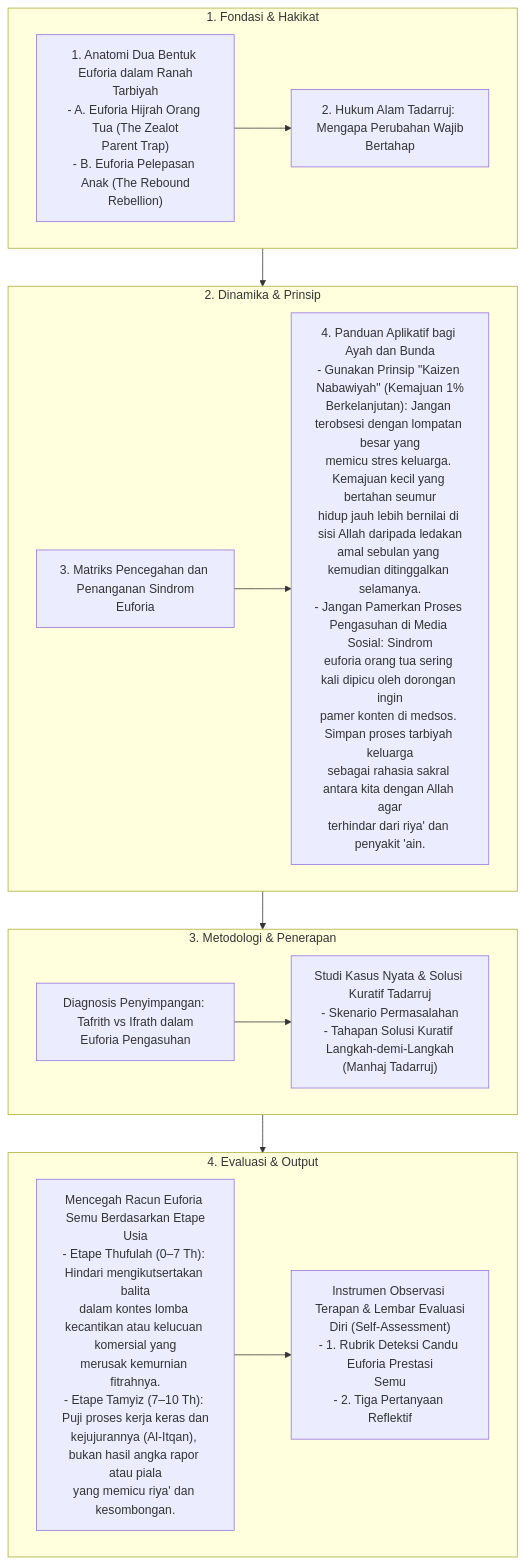
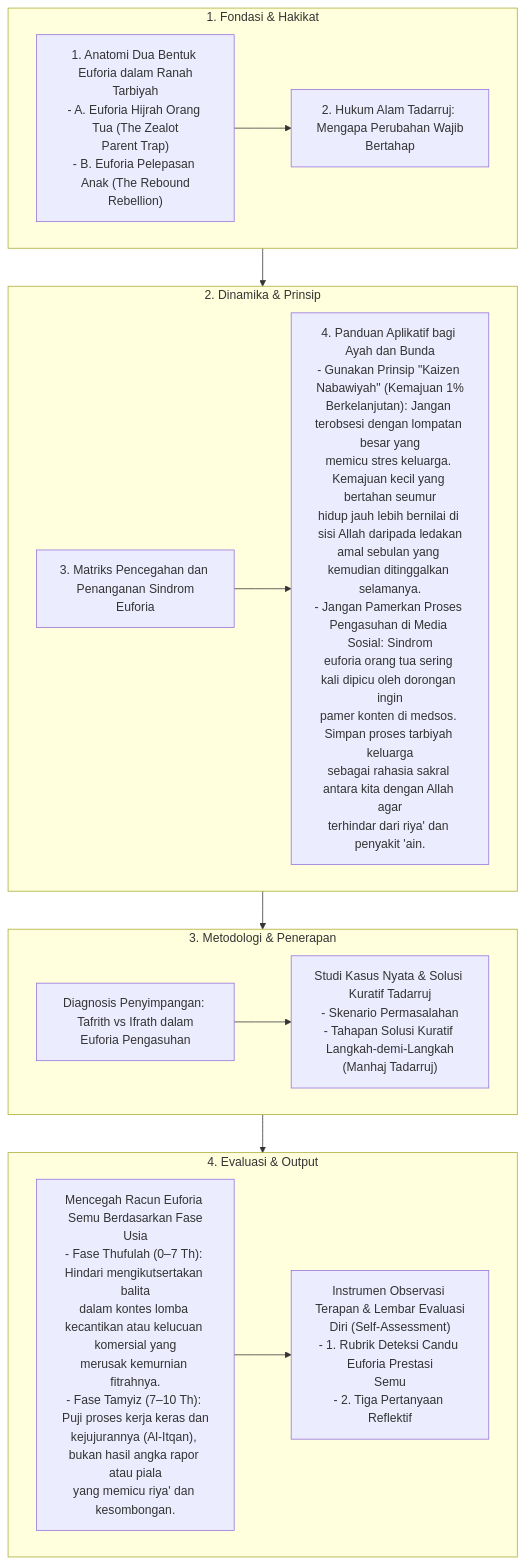
One commit to decaller/wiki-pkn changed the diagram in content_flow/Dokumen Pendidikan Karakter Nabawiyah/Paradigma & Implementasi/Pendidikan Ideal/Luka dan Hutang Pengasuhan/Euforia.md. Above: the diagram before and after it, drawn with Mermaid. The commit also changed 410 other files, not shown here.

Commit message:
feat: create master Glosarium and purify terminology across repo (etape -> fase, archetype -> uswah)

````diff
--- a/content_flow/Dokumen Pendidikan Karakter Nabawiyah/Paradigma & Implementasi/Pendidikan Ideal/Luka dan Hutang Pengasuhan/Euforia.md
+++ b/content_flow/Dokumen Pendidikan Karakter Nabawiyah/Paradigma & Implementasi/Pendidikan Ideal/Luka dan Hutang Pengasuhan/Euforia.md
@@ -10,30 +10,30 @@
 ```mermaid
 flowchart TD
     subgraph S1["1. Fondasi & Hakikat"]
         N1_1["1. Anatomi Dua Bentuk Euforia dalam Ranah<br/>Tarbiyah<br/>- A. Euforia Hijrah Orang Tua (The Zealot<br/>Parent Trap)<br/>- B. Euforia Pelepasan Anak (The Rebound<br/>Rebellion)"]
         N1_2["2. Hukum Alam Tadarruj: Mengapa Perubahan Wajib<br/>Bertahap"]
         N1_1 --> N1_2
     end
 
     subgraph S2["2. Dinamika & Prinsip"]
         N2_1["3. Matriks Pencegahan dan Penanganan Sindrom<br/>Euforia"]
         N2_2["4. Panduan Aplikatif bagi Ayah dan Bunda<br/>- Gunakan Prinsip &quot;Kaizen Nabawiyah&quot; (Kemajuan 1%<br/>Berkelanjutan): Jangan terobsesi dengan lompatan besar yang<br/>memicu stres keluarga. Kemajuan kecil yang bertahan seumur<br/>hidup jauh lebih bernilai di sisi Allah daripada ledakan<br/>amal sebulan yang kemudian ditinggalkan selamanya.<br/>- Jangan Pamerkan Proses Pengasuhan di Media Sosial: Sindrom<br/>euforia orang tua sering kali dipicu oleh dorongan ingin<br/>pamer konten di medsos. Simpan proses tarbiyah keluarga<br/>sebagai rahasia sakral antara kita dengan Allah agar<br/>terhindar dari riya' dan penyakit 'ain."]
         N2_1 --> N2_2
     end
 
     subgraph S3["3. Metodologi & Penerapan"]
         N3_1["Diagnosis Penyimpangan: Tafrith vs Ifrath dalam<br/>Euforia Pengasuhan"]
         N3_2["Studi Kasus Nyata & Solusi Kuratif Tadarruj<br/>- Skenario Permasalahan<br/>- Tahapan Solusi Kuratif Langkah-demi-Langkah<br/>(Manhaj Tadarruj)"]
         N3_1 --> N3_2
     end
 
     subgraph S4["4. Evaluasi & Output"]
-        N4_1["Mencegah Racun Euforia Semu Berdasarkan Etape<br/>Usia<br/>- Etape Thufulah (0–7 Th): Hindari mengikutsertakan balita<br/>dalam kontes lomba kecantikan atau kelucuan komersial yang<br/>merusak kemurnian fitrahnya.<br/>- Etape Tamyiz (7–10 Th): Puji proses kerja keras dan<br/>kejujurannya (Al-Itqan), bukan hasil angka rapor atau piala<br/>yang memicu riya' dan kesombongan."]
+        N4_1["Mencegah Racun Euforia Semu Berdasarkan Fase<br/>Usia<br/>- Fase Thufulah (0–7 Th): Hindari mengikutsertakan balita<br/>dalam kontes lomba kecantikan atau kelucuan komersial yang<br/>merusak kemurnian fitrahnya.<br/>- Fase Tamyiz (7–10 Th): Puji proses kerja keras dan<br/>kejujurannya (Al-Itqan), bukan hasil angka rapor atau piala<br/>yang memicu riya' dan kesombongan."]
         N4_2["Instrumen Observasi Terapan & Lembar Evaluasi<br/>Diri (Self-Assessment)<br/>- 1. Rubrik Deteksi Candu Euforia Prestasi<br/>Semu<br/>- 2. Tiga Pertanyaan Reflektif"]
         N4_1 --> N4_2
     end
 
     S1 --> S2
     S2 --> S3
     S3 --> S4
 ```
````
